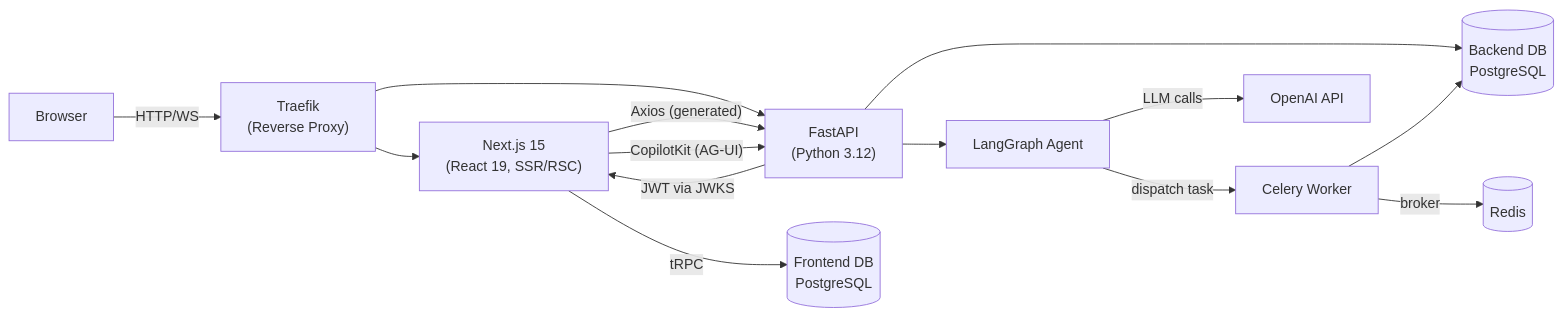
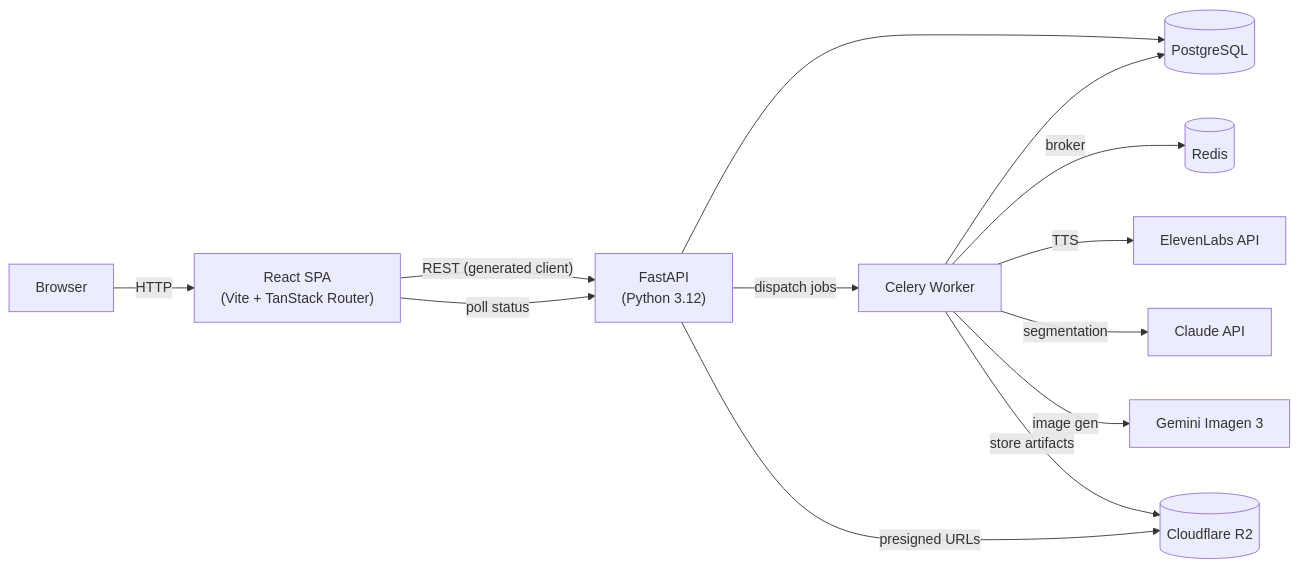
Before and after one commit to bernat-leads/Batch_video: the first of 2 diagrams in apps/mkdocs/docs/architecture.md, drawn with Mermaid. The commit also changed other lines of this file and 85 other files, not shown here.

````diff
--- a/apps/mkdocs/docs/architecture.md
+++ b/apps/mkdocs/docs/architecture.md
@@ -5,27 +5,26 @@
 ```mermaid
 graph LR
     Browser["Browser"]
-    NextJS["Next.js 15<br/>(React 19, SSR/RSC)"]
+    React["React SPA<br/>(Vite + TanStack Router)"]
     FastAPI["FastAPI<br/>(Python 3.12)"]
-    Agent["LangGraph Agent"]
     Celery["Celery Worker"]
-    FrontDB[("Frontend DB<br/>PostgreSQL")]
-    BackDB[("Backend DB<br/>PostgreSQL")]
+    DB[("PostgreSQL")]
     Redis[("Redis")]
-    OpenAI["OpenAI API"]
-    Traefik["Traefik<br/>(Reverse Proxy)"]
+    R2[("Cloudflare R2")]
+    ElevenLabs["ElevenLabs API"]
+    Claude["Claude API"]
+    Gemini["Gemini Imagen 3"]
 
-    Browser -->|"HTTP/WS"| Traefik
-    Traefik --> NextJS
-    Traefik --> FastAPI
-    NextJS -->|"tRPC"| FrontDB
-    NextJS -->|"Axios (generated)"| FastAPI
-    NextJS -->|"CopilotKit (AG-UI)"| FastAPI
-    FastAPI --> BackDB
-    FastAPI -->|"JWT via JWKS"| NextJS
-    FastAPI --> Agent
-    Agent -->|"dispatch task"| Celery
-    Agent -->|"LLM calls"| OpenAI
-    Celery --> BackDB
+    Browser -->|"HTTP"| React
+    React -->|"REST (generated client)"| FastAPI
+    FastAPI --> DB
+    FastAPI -->|"dispatch jobs"| Celery
     Celery -->|"broker"| Redis
+    Celery --> DB
+    Celery -->|"TTS"| ElevenLabs
+    Celery -->|"segmentation"| Claude
+    Celery -->|"image gen"| Gemini
+    Celery -->|"store artifacts"| R2
+    React -->|"poll status"| FastAPI
+    FastAPI -->|"presigned URLs"| R2
 ```
````
